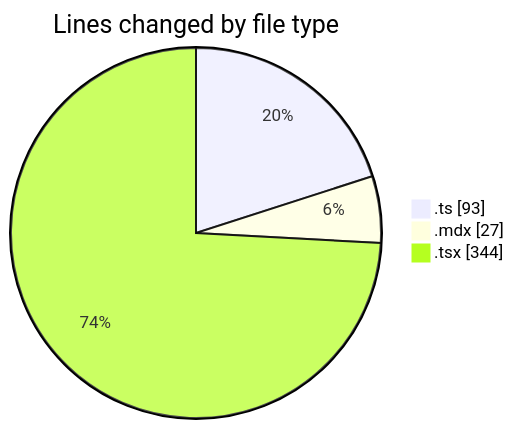
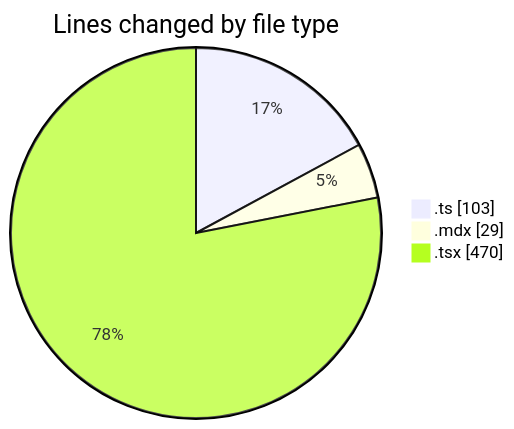
One commit to Elitesun/code-tracking changed the first of 2 diagrams in 2025-05-25/elitesun/README.md. Above: the diagram before and after it, drawn with Mermaid. The commit also changed other lines of this file and 1 other file, not shown here.

````diff
--- a/2025-05-25/elitesun/README.md
+++ b/2025-05-25/elitesun/README.md
@@ -26,7 +27,7 @@
 ```mermaid
 pie showData
 title Lines changed by file type
-".ts" : 93
-".mdx" : 27
-".tsx" : 344
+".ts" : 103
+".mdx" : 29
+".tsx" : 470
 ```
````
